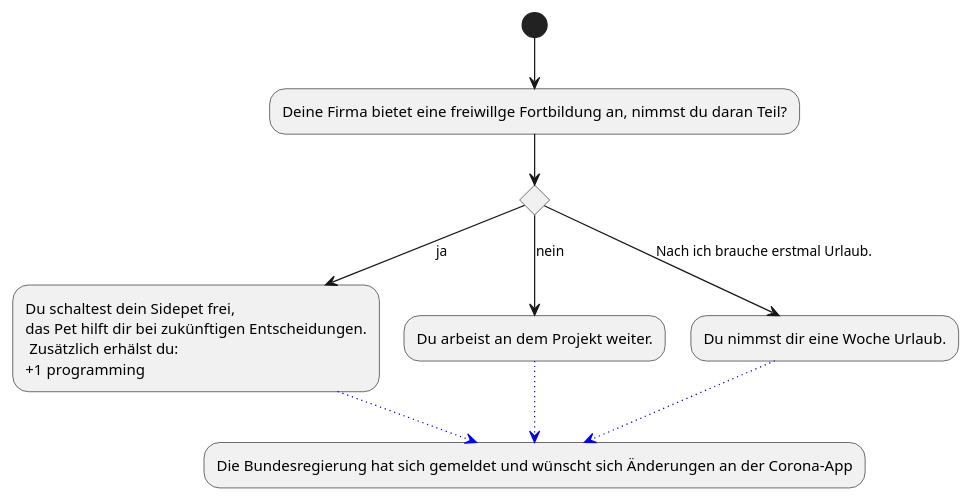
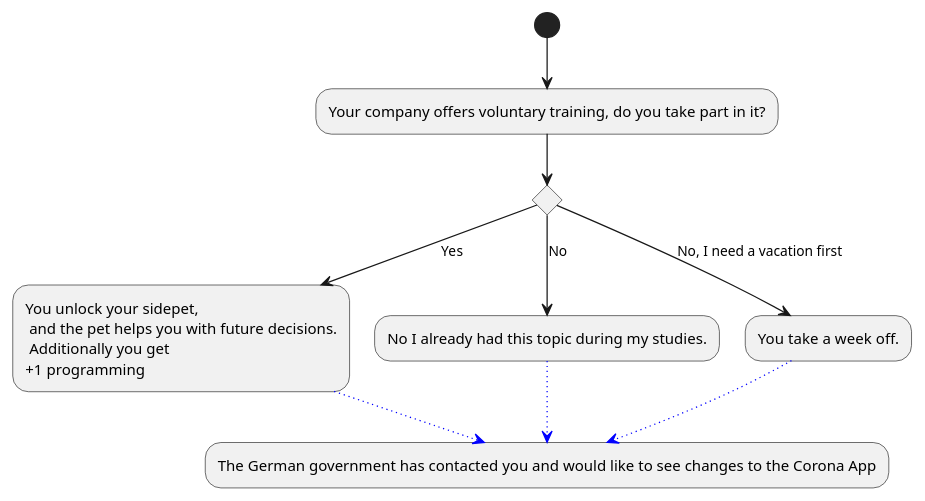
Before and after one commit to Brotenko/QualityQuest: the diagram in Docs/Technical Specifications/docs/diagrams/StoryFlow/StoryFlow_Decision_10.puml, drawn with PlantUML. The commit also changed 14 other files, not shown here.

```diff
--- a/Docs/Technical Specifications/docs/diagrams/StoryFlow/StoryFlow_Decision_10.puml
+++ b/Docs/Technical Specifications/docs/diagrams/StoryFlow/StoryFlow_Decision_10.puml
@@ -1,15 +1,15 @@
 @startuml
-(*) --> "Deine Firma bietet eine freiwillge Fortbildung an, nimmst du daran Teil?"
+(*) --> "Your company offers voluntary training, do you take part in it?"
 
 if "" then
---> [ja] "Du schaltest dein Sidepet frei, \ndas Pet hilft dir bei zukünftigen Entscheidungen.\n Zusätzlich erhälst du: \n+1 programming" as a1
+--> [Yes] "You unlock your sidepet, \n and the pet helps you with future decisions.\n Additionally you get \n+1 programming" as a1
 else
---> [nein] "Du arbeist an dem Projekt weiter." as a2
+--> [No] "No I already had this topic during my studies." as a2
 else 
---> [Nach ich brauche erstmal Urlaub.] "Du nimmst dir eine Woche Urlaub." as a3
+--> [No, I need a vacation first] "You take a week off." as a3
 endif
 
--[#blue,dotted]-> "Die Bundesregierung hat sich gemeldet und wünscht sich Änderungen an der Corona-App" as app
+-[#blue,dotted]-> "The German government has contacted you and would like to see changes to the Corona App" as app
 a2 -[#blue,dotted]-> app
 a1 -[#blue,dotted]-> app
 @enduml
```
